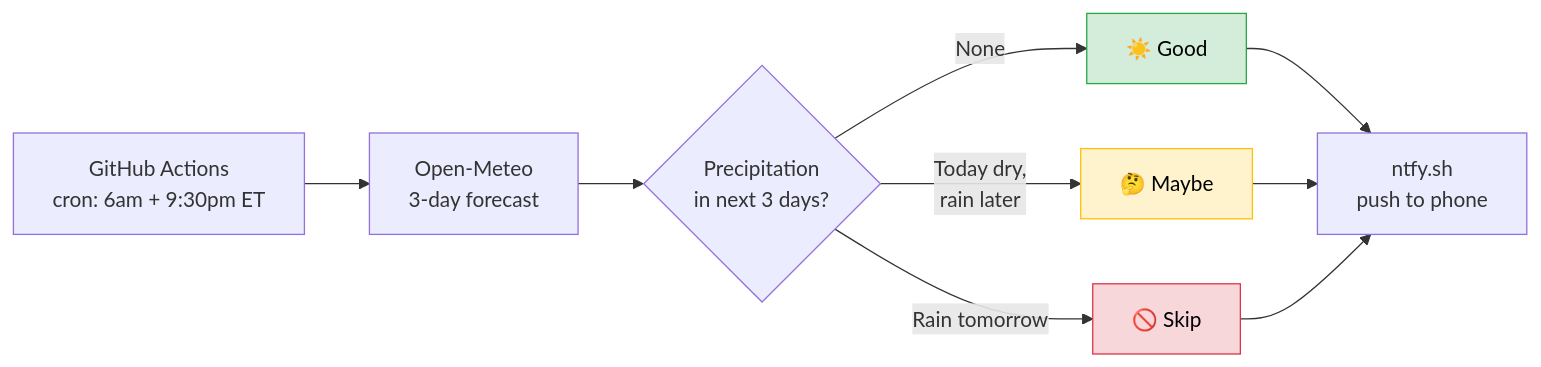
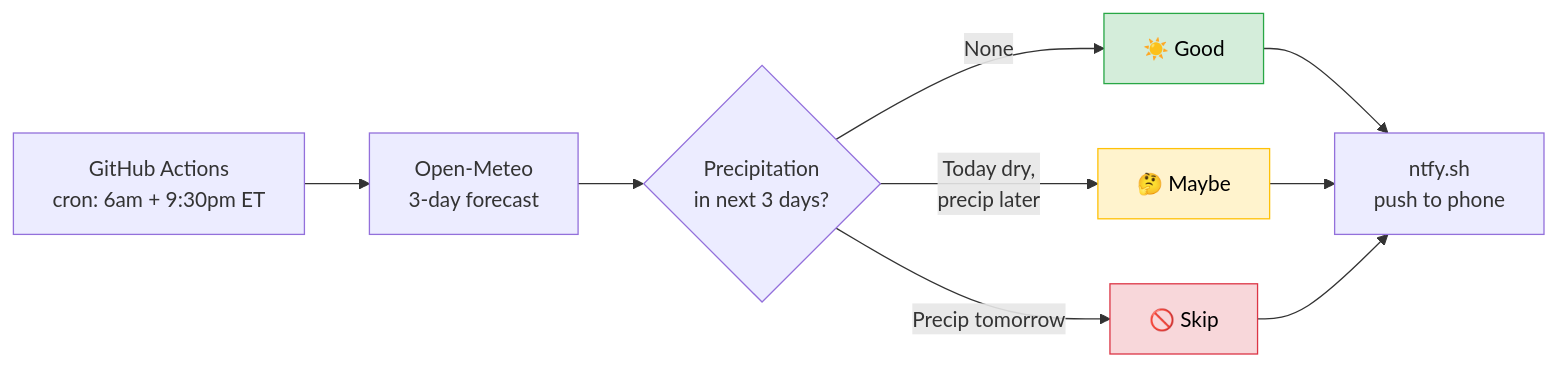
Before and after one commit to azilnik/Car-wash-time: the diagram in README.md, drawn with Mermaid. The commit also changed other lines of this file, not shown here.

````diff
--- a/README.md
+++ b/README.md
@@ -72,15 +72,15 @@
 ```mermaid
 flowchart LR
     A[GitHub Actions<br/>cron: 6am + 9:30pm ET] --> B[Open-Meteo<br/>3-day forecast]
     B --> C{Precipitation<br/>in next 3 days?}
     C -->|None| D[☀️ Good]
-    C -->|Today dry,<br/>rain later| E[🤔 Maybe]
-    C -->|Rain tomorrow| F[🚫 Skip]
+    C -->|Today dry,<br/>precip later| E[🤔 Maybe]
+    C -->|Precip tomorrow| F[🚫 Skip]
     D --> G[ntfy.sh<br/>push to phone]
     E --> G
     F --> G
 
     style D fill:#d4edda,stroke:#28a745,color:#000
     style E fill:#fff3cd,stroke:#ffc107,color:#000
     style F fill:#f8d7da,stroke:#dc3545,color:#000
 ```
````
